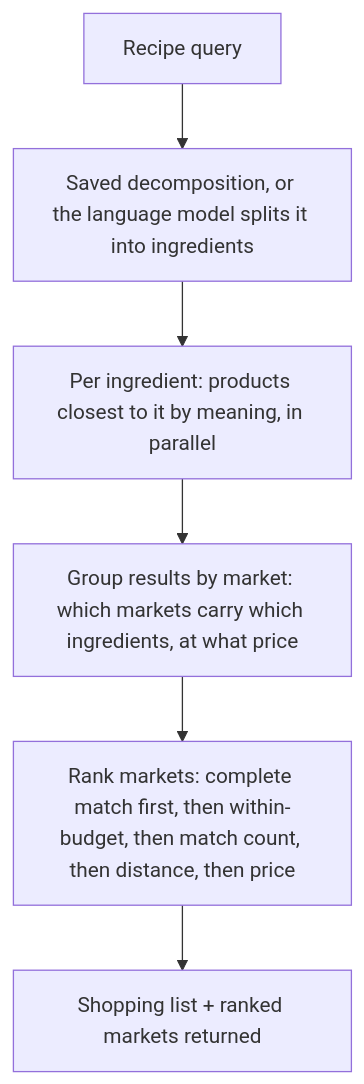
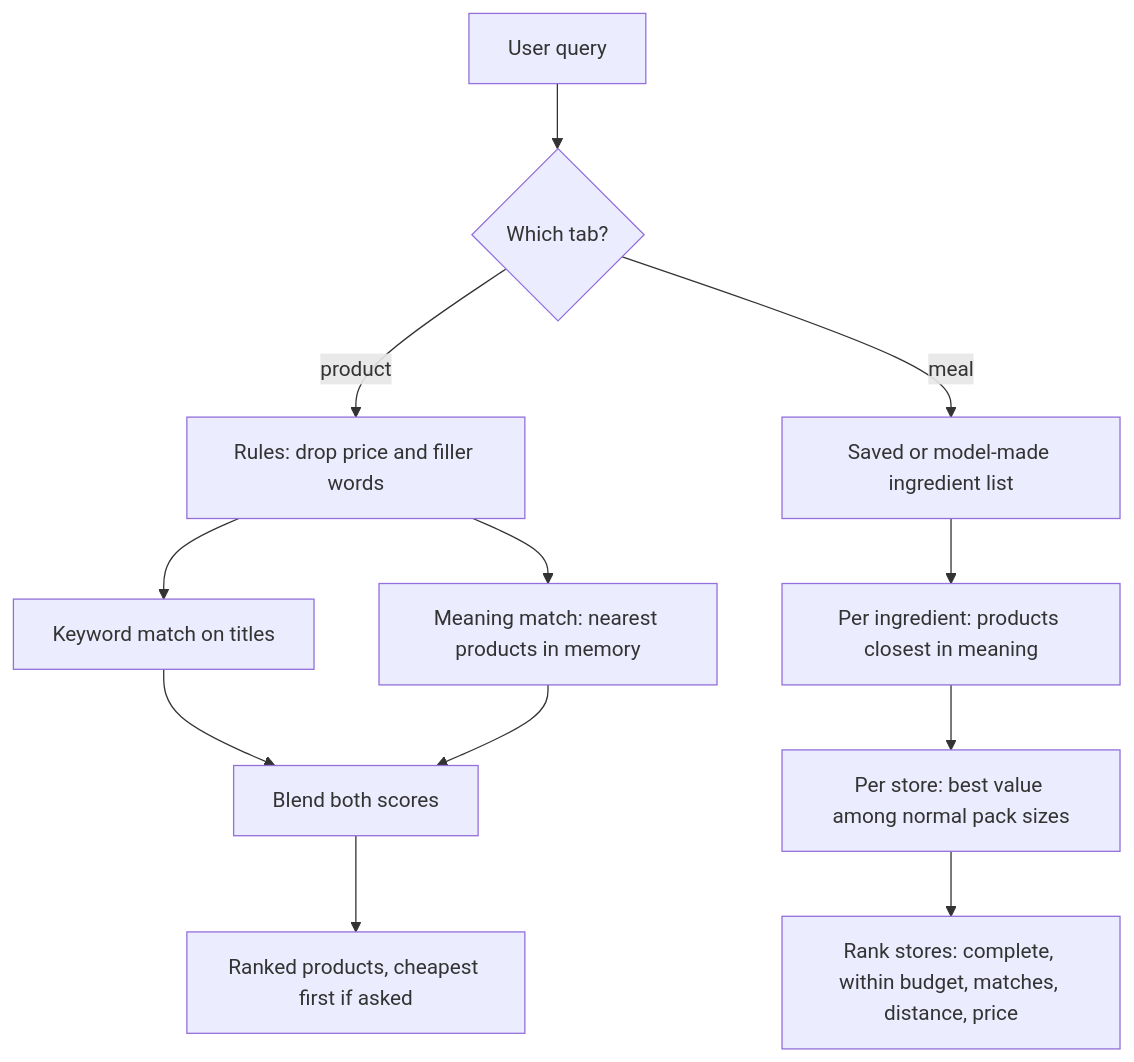
One commit to martintrifunov/obrok changed the diagram in apps/docs/concepts/search-and-recipes.md. Above: the diagram before and after it, drawn with Mermaid. The commit also changed other lines of this file and 6 other files, not shown here.

Commit message:
docs(search): check the search, concept and architecture pages against the code

````diff
--- a/apps/docs/concepts/search-and-recipes.md
+++ b/apps/docs/concepts/search-and-recipes.md
@@ -35,8 +13,14 @@
 ```mermaid
 flowchart TD
-    A[Recipe query] --> B[Saved decomposition, or the language model splits it into ingredients]
-    B --> C[Per ingredient: products closest to it by meaning, in parallel]
-    C --> D[Group results by market: which markets carry which ingredients, at what price]
-    D --> E[Rank markets: complete match first, then within-budget, then match count, then distance, then price]
-    E --> F[Shopping list + ranked markets returned]
+    Q["User query"] --> P{"Which tab?"}
+    P -- product --> R["Rules: drop price and filler words"]
+    R --> K["Keyword match on titles"]
+    R --> V["Meaning match: nearest products in memory"]
+    K --> F["Blend both scores"]
+    V --> F
+    F --> O["Ranked products, cheapest first if asked"]
+    P -- meal --> M["Saved or model-made ingredient list"]
+    M --> I["Per ingredient: products closest in meaning"]
+    I --> S["Per store: best value among normal pack sizes"]
+    S --> B["Rank stores: complete, within budget, matches, distance, price"]
 ```
````
